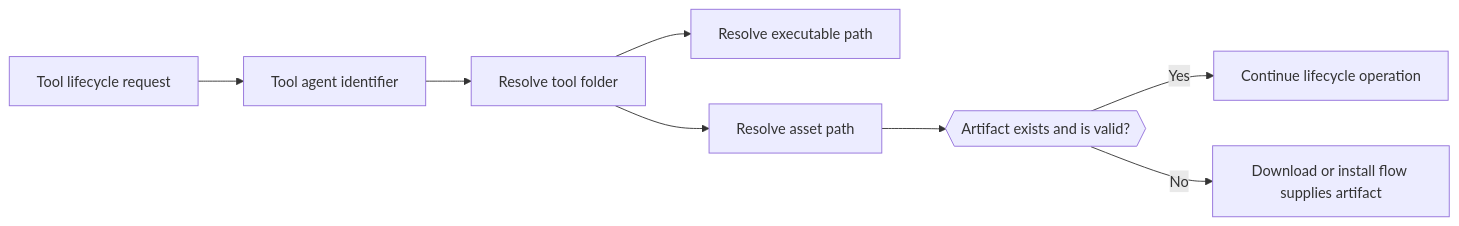
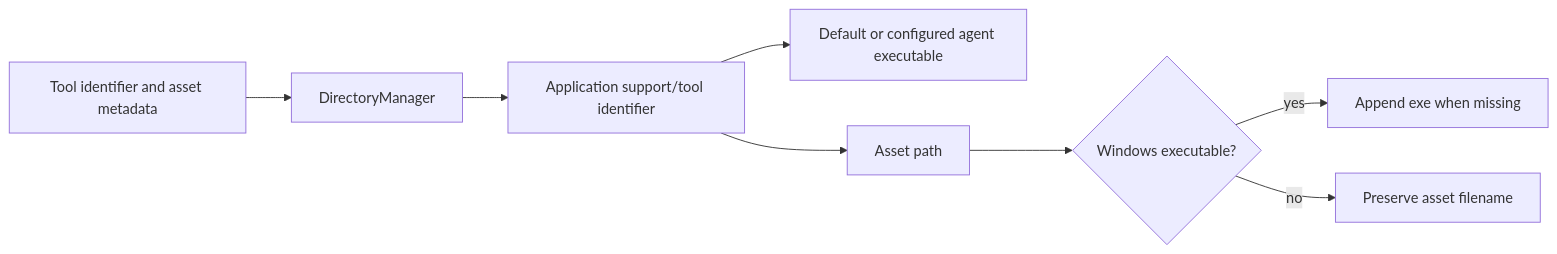
Before and after one commit to flamingo-stack/openframe-oss-tenant: the fourth of 4 diagrams in docs/reference/architecture/openframe-client-core/platform-directories/platform-directories.md, drawn with Mermaid. The commit also changed other lines of this file and 2377 other files, not shown here.

````diff
--- a/docs/reference/architecture/openframe-client-core/platform-directories/platform-directories.md
+++ b/docs/reference/architecture/openframe-client-core/platform-directories/platform-directories.md
@@ -168,10 +117,10 @@
 ```mermaid
 flowchart LR
-    ToolRequest["Tool lifecycle request"] --> ToolId["Tool agent identifier"]
-    ToolId --> Folder["Resolve tool folder"]
-    Folder --> Executable["Resolve executable path"]
-    Folder --> Asset["Resolve asset path"]
-    Asset --> Exists{{"Artifact exists and is valid?"}}
-    Exists -->|"Yes"| UseArtifact["Continue lifecycle operation"]
-    Exists -->|"No"| AcquireArtifact["Download or install flow supplies artifact"]
+    ToolRequest["Tool identifier and asset metadata"] --> DirectoryManager["DirectoryManager"]
+    DirectoryManager --> ToolFolder["Application support/tool identifier"]
+    ToolFolder --> AgentPath["Default or configured agent executable"]
+    ToolFolder --> AssetPath["Asset path"]
+    AssetPath --> WindowsCheck{"Windows executable?"}
+    WindowsCheck -->|"yes"| ExecutableAsset["Append exe when missing"]
+    WindowsCheck -->|"no"| OriginalAsset["Preserve asset filename"]
 ```
````
